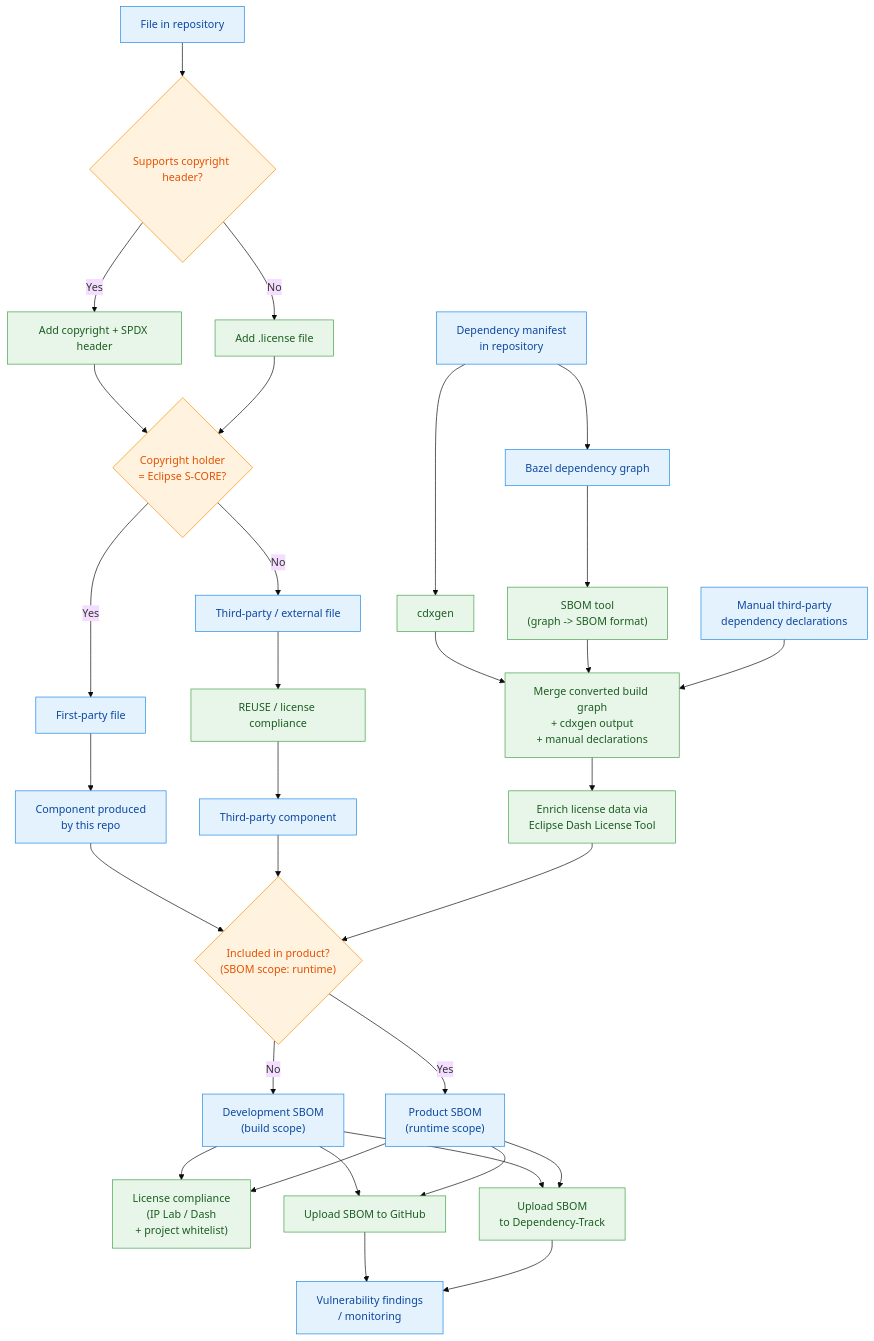
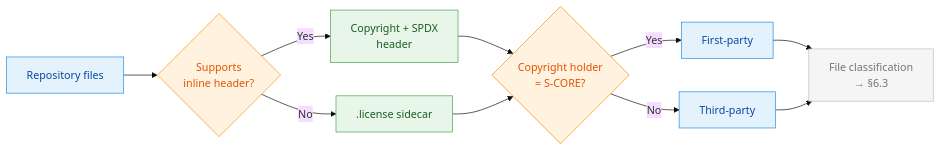
The second of 6 diagrams in docs/06-compliance-infrastructure.md (eclipse-score/infrastructure), drawn with Mermaid (base theme) before and after one commit. The commit also changed other lines of this file and 1 other file, not shown here.

Commit message:
sbom improvements

````diff
--- a/docs/06-compliance-infrastructure.md
+++ b/docs/06-compliance-infrastructure.md
@@ -23,76 +66,35 @@
 ```mermaid
-flowchart TD
-    file_in_repo["File in repository"]
-    dependency_manifest["`Dependency manifest
-in repository`"]
-    bazel_graph["Bazel dependency graph"]
-    manual_declarations["`Manual third-party
-dependency declarations`"]
+flowchart LR
+    file["Repository files"]
+    header_ok{"`Supports
+inline header?`"}
+    header["`Copyright + SPDX
+header`"]
+    sidecar[".license sidecar"]
+    owner{"`Copyright holder
+= S-CORE?`"}
+    first["First-party"]
+    third["Third-party"]
+    out["`File classification
+→ §6.3`"]
 
-    %% File path
-    file_in_repo --> header_check{"Supports copyright header?"}
-
-    header_check -->|Yes| add_header["Add copyright + SPDX header"]
-    header_check -->|No| add_license["Add .license file"]
-
-    add_header --> copyright_owner{"`Copyright holder
-= Eclipse S-CORE?`"}
-    add_license --> copyright_owner
-
-    copyright_owner -->|Yes| first_party["First-party file"]
-    copyright_owner -->|No| third_party_file["Third-party / external file"]
-
-    first_party --> current_component["`Component produced
-by this repo`"]
-
-    third_party_file --> reuse_checks["REUSE / license compliance"]
-    reuse_checks --> external_component["Third-party component"]
-
-    %% Dependency discovery path
-    dependency_manifest --> cdxgen_scan["cdxgen"]
-    dependency_manifest --> bazel_graph
-    bazel_graph --> sbom_conversion["`SBOM tool
-(graph -> SBOM format)`"]
-    cdxgen_scan --> merge_inputs["`Merge converted build graph
-+ cdxgen output
-+ manual declarations`"]
-    sbom_conversion --> merge_inputs
-    manual_declarations --> merge_inputs
-
-    merge_inputs --> dash_enrichment["`Enrich license data via
-Eclipse Dash License Tool`"]
-
-    %% Converged SBOM candidate path
-    current_component --> included_check{"`Included in product?
-(SBOM scope: runtime)`"}
-    external_component --> included_check
-    dash_enrichment --> included_check
-
-    included_check -->|No| non_product_sbom["`Development SBOM
-(build scope)`"]
-    included_check -->|Yes| product_sbom["`Product SBOM
-(runtime scope)`"]
-
-    non_product_sbom --> license_compliance["`License compliance
-(IP Lab / Dash
-+ project whitelist)`"]
-    product_sbom --> license_compliance
-
-    non_product_sbom --> github_upload["Upload SBOM to GitHub"]
-    non_product_sbom --> dependencytrack_upload["`Upload SBOM
-to Dependency-Track`"]
-    product_sbom --> github_upload
-    product_sbom --> dependencytrack_upload
-
-    github_upload --> vulnerability_results["`Vulnerability findings
-/ monitoring`"]
-    dependencytrack_upload --> vulnerability_results
+    file --> header_ok
+    header_ok -->|Yes| header
+    header_ok -->|No| sidecar
+    header --> owner
+    sidecar --> owner
+    owner -->|Yes| first
+    owner -->|No| third
+    first --> out
+    third --> out
 
     classDef artifact fill:#E3F2FD,stroke:#1E88E5,color:#0D47A1
     classDef action fill:#E8F5E9,stroke:#43A047,color:#1B5E20
     classDef decision fill:#FFF3E0,stroke:#FB8C00,color:#E65100
+    classDef context fill:#F5F5F5,stroke:#BDBDBD,color:#757575
 
-    class file_in_repo,dependency_manifest,bazel_graph,manual_declarations,first_party,third_party_file,current_component,external_component,non_product_sbom,product_sbom,vulnerability_results artifact
-    class add_header,add_license,cdxgen_scan,sbom_conversion,merge_inputs,dash_enrichment,reuse_checks,license_compliance,github_upload,dependencytrack_upload action
-    class header_check,copyright_owner,included_check decision
+    class file,first,third artifact
+    class header,sidecar action
+    class header_ok,owner decision
+    class out context
 ```
````
